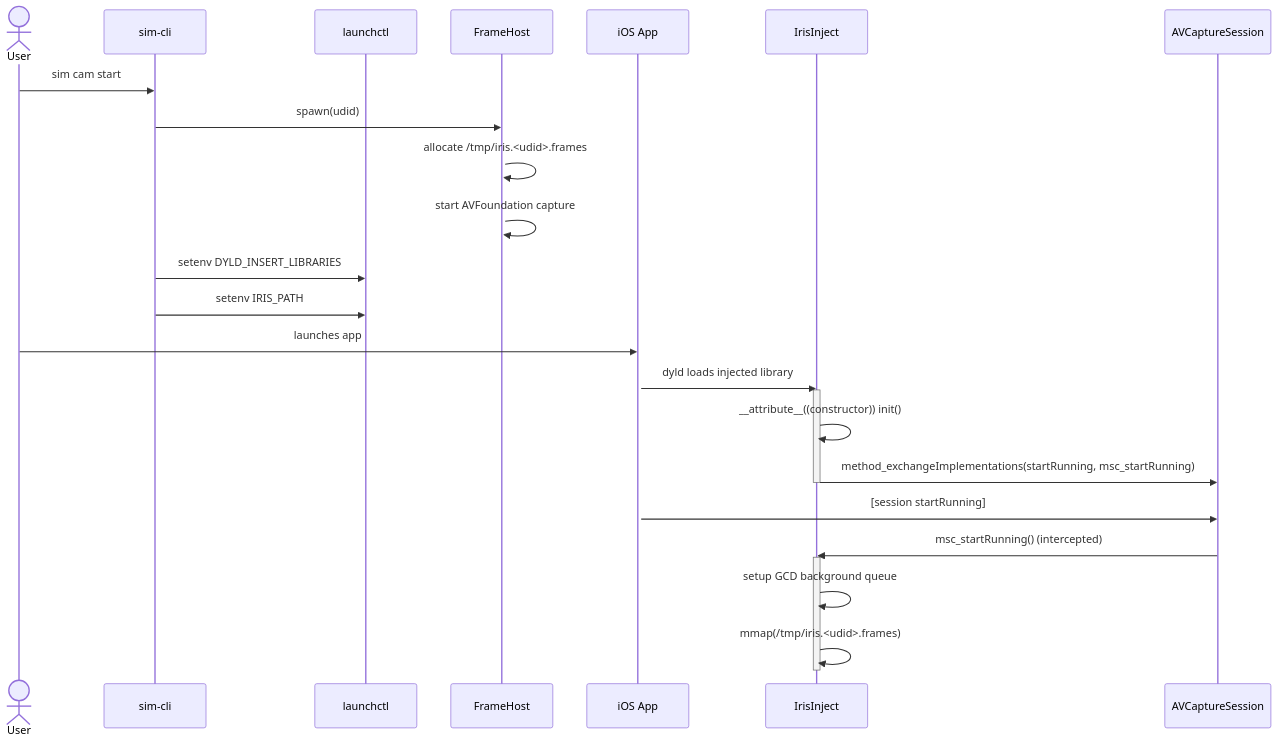
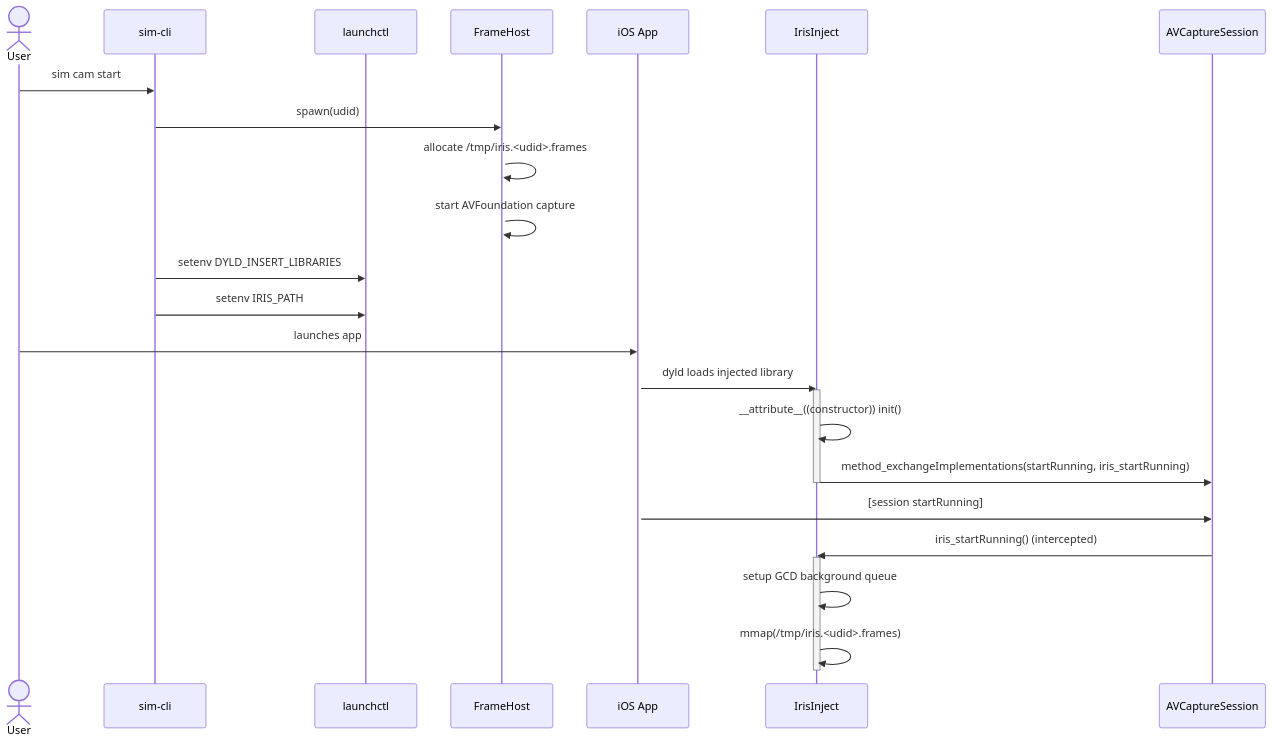
One commit to annurdien/sim-cli changed the third of 6 diagrams in docs/SIM_CAM_ARCHITECTURE.md. Above: the diagram before and after it, drawn with Mermaid. The commit also changed 1 other file, not shown here.

Commit message:
chore: rename module

````diff
--- a/docs/SIM_CAM_ARCHITECTURE.md
+++ b/docs/SIM_CAM_ARCHITECTURE.md
@@ -136,33 +136,33 @@
 ```mermaid
 sequenceDiagram
     actor User
     participant CLI as sim-cli
     participant LaunchCtl as launchctl
     participant Host as FrameHost
     participant App as iOS App
     participant Inject as IrisInject
     participant AV as AVCaptureSession
 
     User->>CLI: sim cam start
     CLI->>Host: spawn(udid)
     activate Host
     Host->>Host: allocate /tmp/iris.<udid>.frames
     Host->>Host: start AVFoundation capture
     CLI->>LaunchCtl: setenv DYLD_INSERT_LIBRARIES
     CLI->>LaunchCtl: setenv IRIS_PATH
 
     User->>App: launches app
     activate App
     App->>Inject: dyld loads injected library
     activate Inject
     Inject->>Inject: __attribute__((constructor)) init()
-    Inject->>AV: method_exchangeImplementations(startRunning, msc_startRunning)
+    Inject->>AV: method_exchangeImplementations(startRunning, iris_startRunning)
     deactivate Inject
 
     App->>AV: [session startRunning]
-    AV->>Inject: msc_startRunning() (intercepted)
+    AV->>Inject: iris_startRunning() (intercepted)
     activate Inject
     Inject->>Inject: setup GCD background queue
     Inject->>Inject: mmap(/tmp/iris.<udid>.frames)
     deactivate Inject
 ```
````
